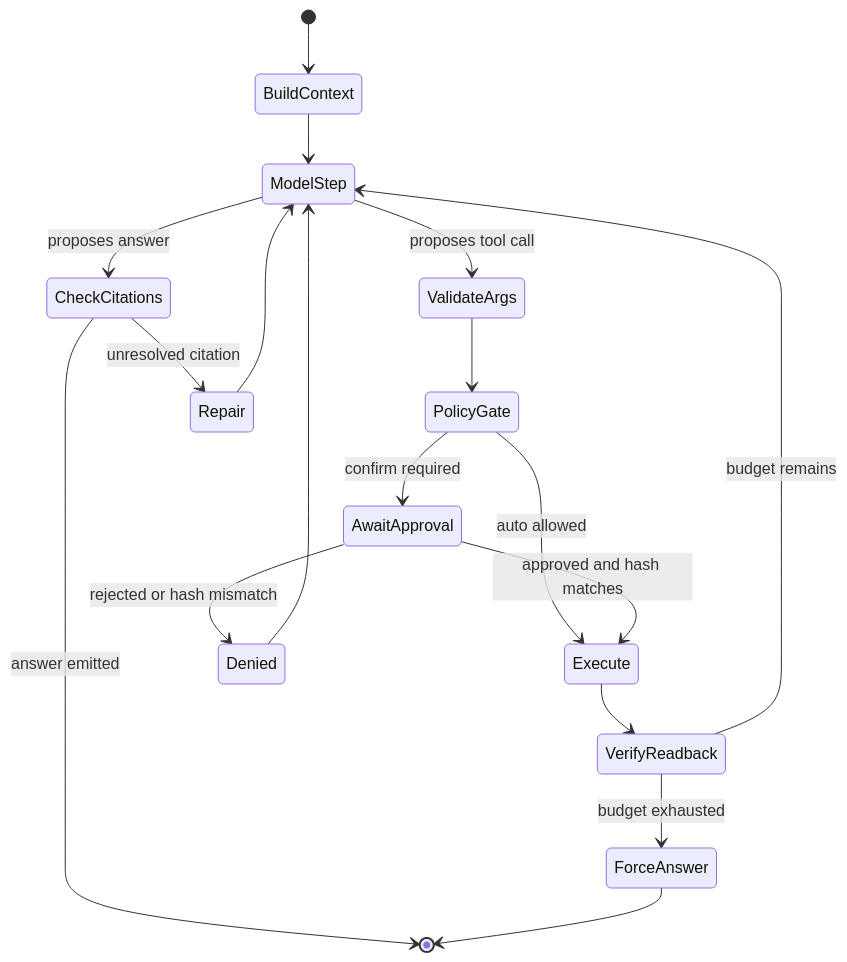
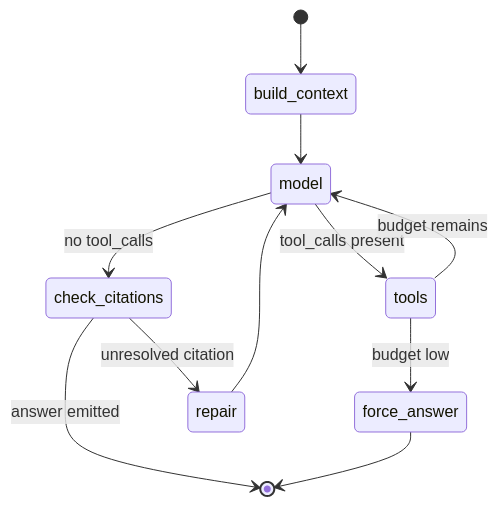
The second of 3 diagrams in .cursor/plans/bifrost_agentic_assistant_72142ad7.plan.md (yqliukev/bifrost), drawn with Mermaid before and after one commit. The commit also changed other lines of this file and 1 other file, not shown here.

````diff
--- a/.cursor/plans/bifrost_agentic_assistant_72142ad7.plan.md
+++ b/.cursor/plans/bifrost_agentic_assistant_72142ad7.plan.md
@@ -173,20 +256,13 @@
 ```mermaid
 stateDiagram-v2
-  [*] --> BuildContext
-  BuildContext --> ModelStep
-  ModelStep --> ValidateArgs: proposes tool call
-  ModelStep --> CheckCitations: proposes answer
-  ValidateArgs --> PolicyGate
-  PolicyGate --> AwaitApproval: confirm required
-  PolicyGate --> Execute: auto allowed
-  AwaitApproval --> Execute: approved and hash matches
-  AwaitApproval --> Denied: rejected or hash mismatch
-  Execute --> VerifyReadback
-  VerifyReadback --> ModelStep: budget remains
-  VerifyReadback --> ForceAnswer: budget exhausted
-  Denied --> ModelStep
-  CheckCitations --> Repair: unresolved citation
-  Repair --> ModelStep
-  CheckCitations --> [*]: answer emitted
-  ForceAnswer --> [*]
+  [*] --> build_context
+  build_context --> model
+  model --> tools: tool_calls present
+  model --> check_citations: no tool_calls
+  tools --> model: budget remains
+  tools --> force_answer: budget low
+  check_citations --> repair: unresolved citation
+  repair --> model
+  check_citations --> [*]: answer emitted
+  force_answer --> [*]
 ```
````
